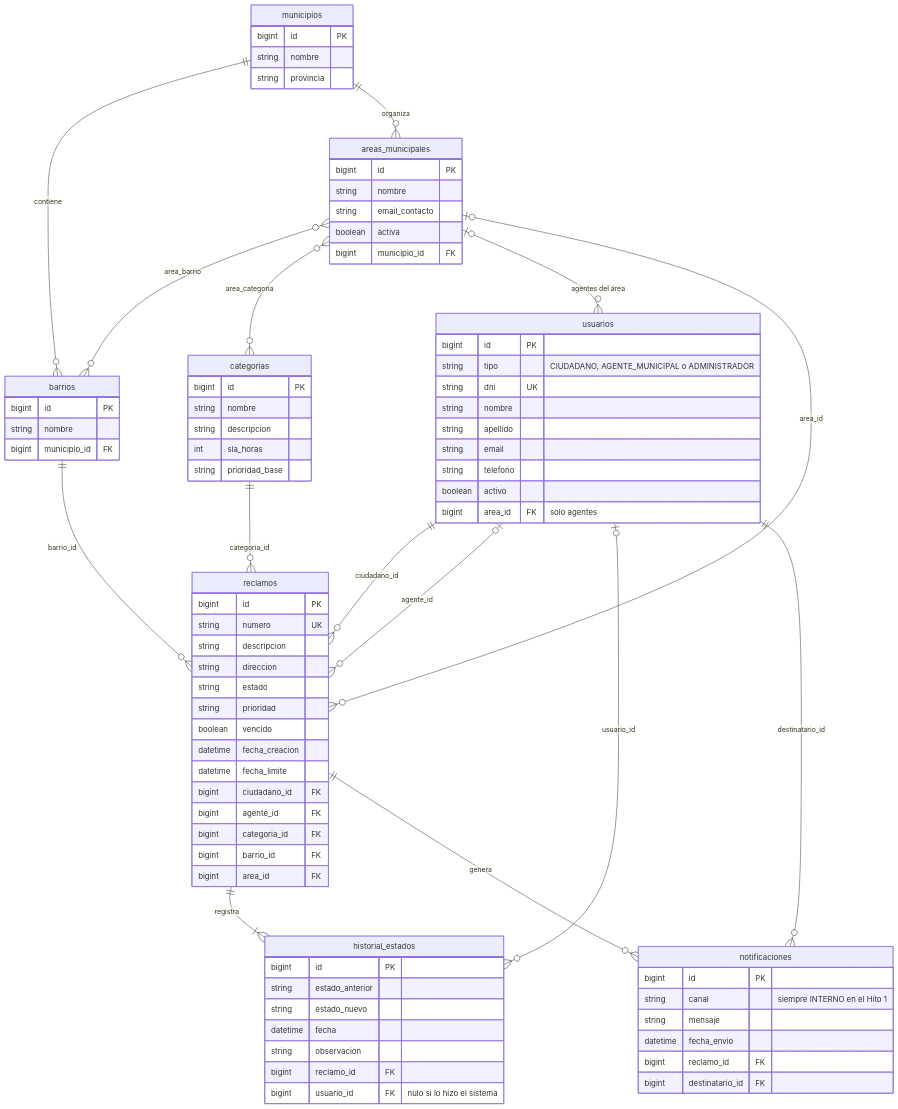
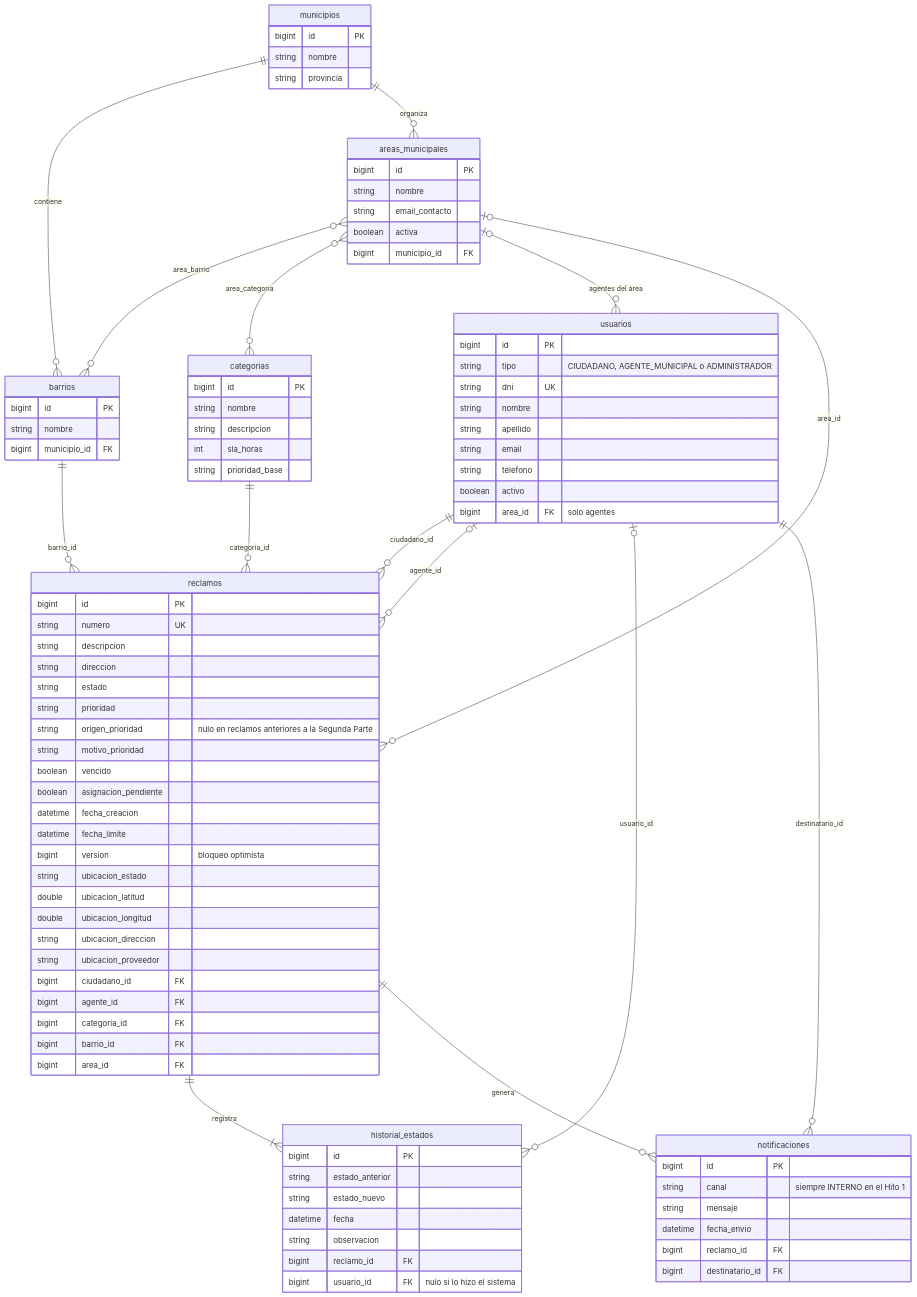
The second of 2 diagrams in docs/modelo-dominio.md (SanTegli/DesarrolloAppsIIGrupo10), drawn with Mermaid before and after one commit. The commit also changed other lines of this file and 70 other files, not shown here.

```diff
--- a/docs/modelo-dominio.md
+++ b/docs/modelo-dominio.md
@@ -202,9 +224,18 @@
     string direccion
     string estado
     string prioridad
+    string origen_prioridad "nulo en reclamos anteriores a la Segunda Parte"
+    string motivo_prioridad
     boolean vencido
+    boolean asignacion_pendiente
     datetime fecha_creacion
     datetime fecha_limite
+    bigint version "bloqueo optimista"
+    string ubicacion_estado
+    double ubicacion_latitud
+    double ubicacion_longitud
+    string ubicacion_direccion
+    string ubicacion_proveedor
     bigint ciudadano_id FK
     bigint agente_id FK
     bigint categoria_id FK
```
